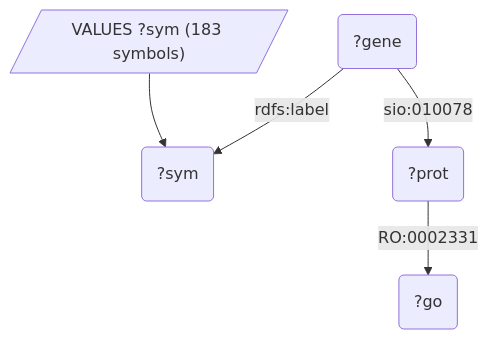
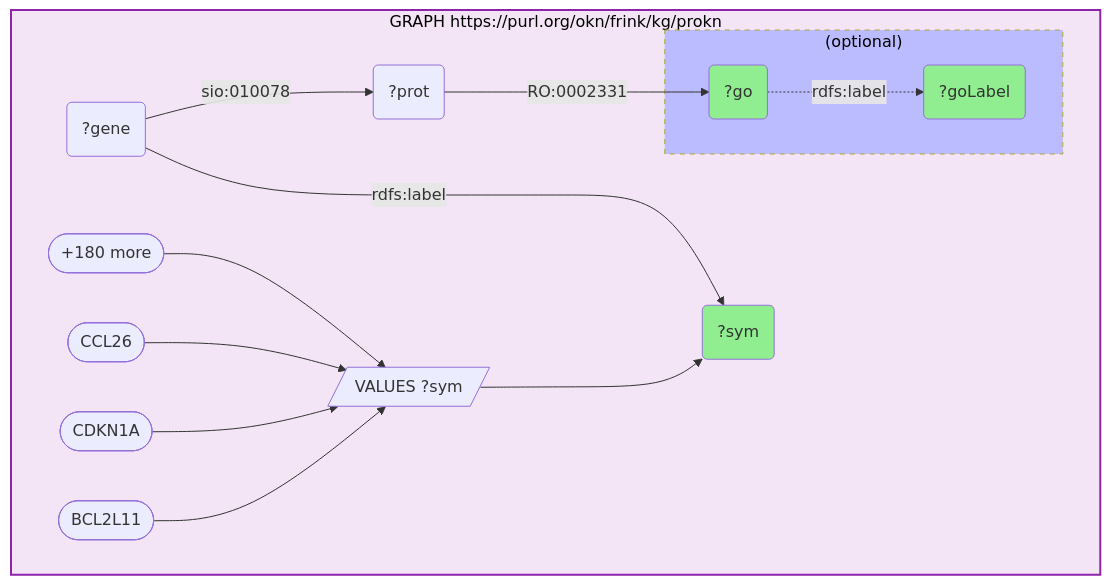
Before and after one commit to sbl-sdsc/mcp-okn: the eighth of 16 diagrams in docs/examples/Bisphenol-Exposome/Bisphenol-Exposome_reproducibility.md, drawn with Mermaid. The commit also changed other lines of this file and 2 other files, not shown here.

First line of the commit message:
fix(examples): restore KG boxes in Bisphenol-Exposome reproducibility diagrams

````diff
--- a/docs/examples/Bisphenol-Exposome/Bisphenol-Exposome_reproducibility.md
+++ b/docs/examples/Bisphenol-Exposome/Bisphenol-Exposome_reproducibility.md
@@ -314,7 +477,31 @@
 ```mermaid
 graph TD
-  q8bind[/"VALUES ?sym (183 symbols)"/] --> v1("?sym")
-  q8v2("?gene") --"rdfs:label"--> v1
-  q8v2 --"sio:010078"--> v3("?prot")
-  v3 --"RO:0002331"--> v4("?go")
+classDef projected fill:lightgreen;
+classDef literal fill:orange;
+classDef iri fill:yellow;
+  q8v2("?gene")
+  q8v4("?go"):::projected 
+  q8v5("?goLabel"):::projected 
+  q8v3("?prot")
+  q8v1("?sym"):::projected 
+  subgraph q8graph0["GRAPH https://purl.org/okn/frink/kg/prokn"]
+    style q8graph0 fill:#f3e5f5,stroke:#8e24aa,stroke-width:2px,color:#000;
+    q8graph0bind0[/"VALUES ?sym"/]
+    q8graph0bind0-->q8v1
+    q8graph0bind00(["BCL2L11"])
+    q8graph0bind00 --> q8graph0bind0
+    q8graph0bind01(["CDKN1A"])
+    q8graph0bind01 --> q8graph0bind0
+    q8graph0bind02(["CCL26"])
+    q8graph0bind02 --> q8graph0bind0
+    q8graph0bind0more([+180 more])
+    q8graph0bind0more --> q8graph0bind0
+    q8v2 --"sio:010078"--> q8v3
+    q8v2 --"rdfs:label"--> q8v1
+    q8v3 --"RO:0002331"--> q8v4
+    subgraph q8optionalgraph00["(optional)"]
+    style q8optionalgraph00 fill:#bbf,stroke-dasharray: 5 5,color:#000;
+      q8v4 -."rdfs:label".-> q8v5
+    end
+  end
 ```
````
